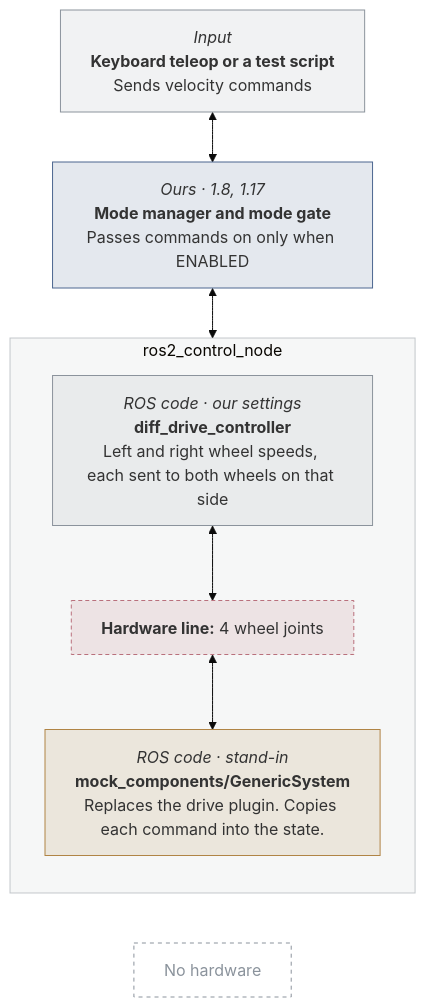
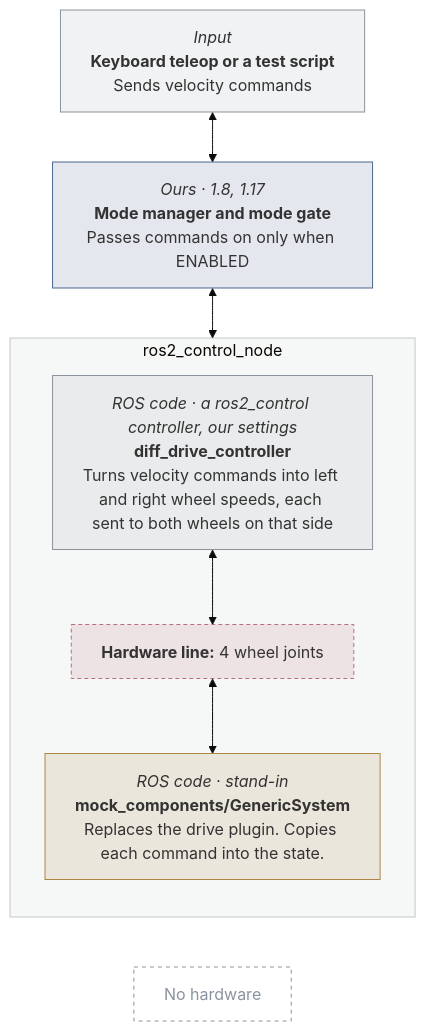
Before and after one commit to STAR-Robotics-Team/starrt-luna-software: the first of 30 diagrams in docs/design/hardware-test-modes.md, drawn with Mermaid (base theme). The commit also changed other lines of this file and 4 other files, not shown here.

````diff
--- a/docs/design/hardware-test-modes.md
+++ b/docs/design/hardware-test-modes.md
@@ -56,42 +63,42 @@
 ```mermaid
 ---
 config:
   flowchart:
     wrappingWidth: 260
 ---
 flowchart TB
   b1["`*Input*
 **Keyboard teleop or a test script**
 Sends velocity commands`"]
   b2["`*Ours · 1.8, 1.17*
 **Mode manager and mode gate**
 Passes commands on only when ENABLED`"]
   subgraph grp4["ros2_control_node"]
     direction TB
-    b3["`*ROS code · our settings*
+    b3["`*ROS code · a ros2_control controller, our settings*
 **diff_drive_controller**
-Left and right wheel speeds, each sent to both wheels on that side`"]
+Turns velocity commands into left and right wheel speeds, each sent to both wheels on that side`"]
     line5["`**Hardware line:** 4 wheel joints`"]
     b6["`*ROS code · stand-in*
 **mock_components/GenericSystem**
 Replaces the drive plugin. Copies each command into the state.`"]
     b3 <--> line5
     line5 <--> b6
   end
   none7["No hardware"]
   b1 <--> b2
   b2 <--> grp4
   grp4 ~~~ none7
   classDef ours fill:#4c669026,stroke:#4c6690
   classDef ros fill:#8b939c1f,stroke:#8b939c
   classDef stand fill:#b0844526,stroke:#b08445
   classDef hw fill:#4a725926,stroke:#4a7259
   classDef hwline fill:#b9707c26,stroke:#b9707c,stroke-dasharray:4 3
   classDef ghost fill:none,stroke:#8b939c,stroke-dasharray:4 4,color:#8b939c
   class b1,b3 ros
   class b2 ours
   class line5 hwline
   class b6 stand
   class none7 ghost
   style grp4 fill:#8b939c14,stroke:#8b939c80
 ```
````
